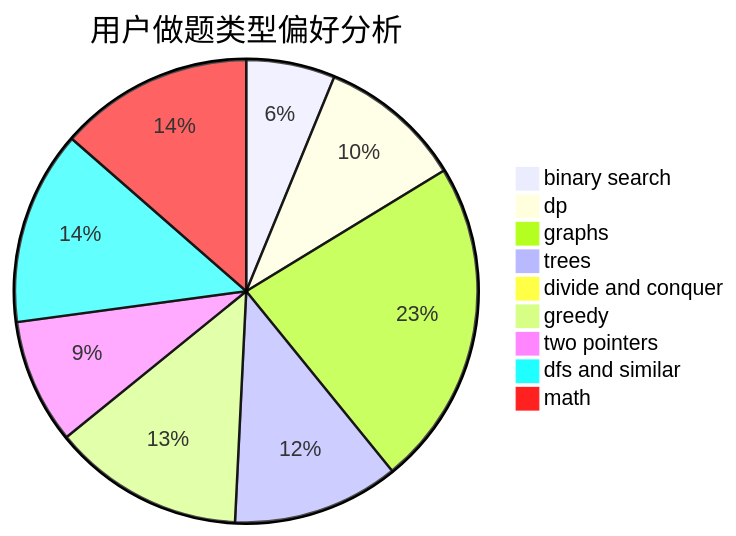
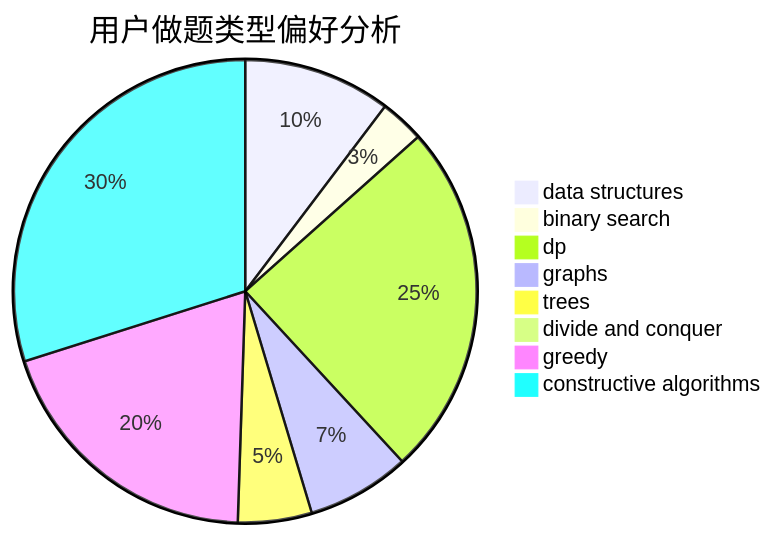
The second of 3 diagrams in docs/user/u2440.md (sherpahu/cfrs.github.io), drawn with Mermaid before and after one commit. The commit also changed other lines of this file and 2775 other files, not shown here.

````diff
--- a/docs/user/u2440.md
+++ b/docs/user/u2440.md
@@ -23,12 +23,11 @@
 ```mermaid
 pie title 用户做题类型偏好分析
-    "binary search" :  32
-    "dp" :  52
-    "graphs" :  118
-    "trees" :  60
+    "data structures" :  10
+    "binary search" :  3
+    "dp" :  24
+    "graphs" :  7
+    "trees" :  5
     "divide and conquer" :  0
-    "greedy" :  69
-    "two pointers" :  45
-    "dfs and similar" :  70
-    "math" :  70
+    "greedy" :  19
+    "constructive algorithms" :  29
 ```
````
